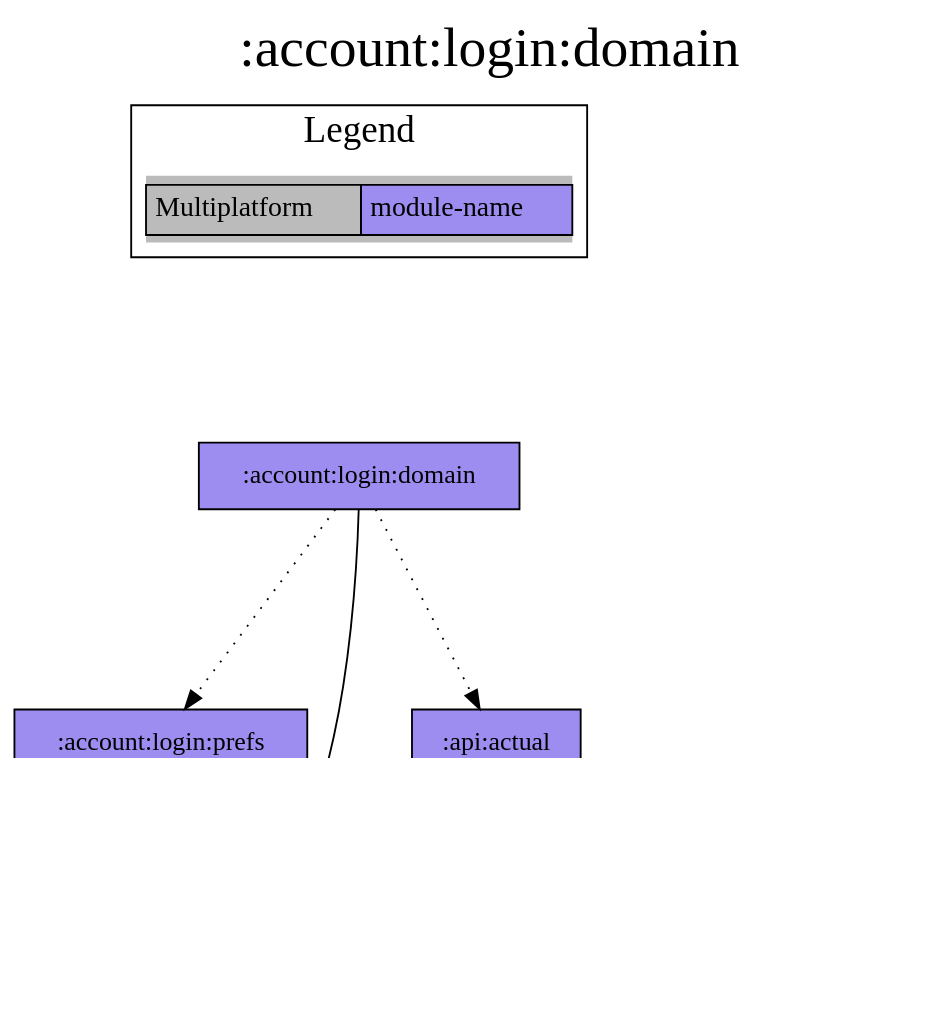
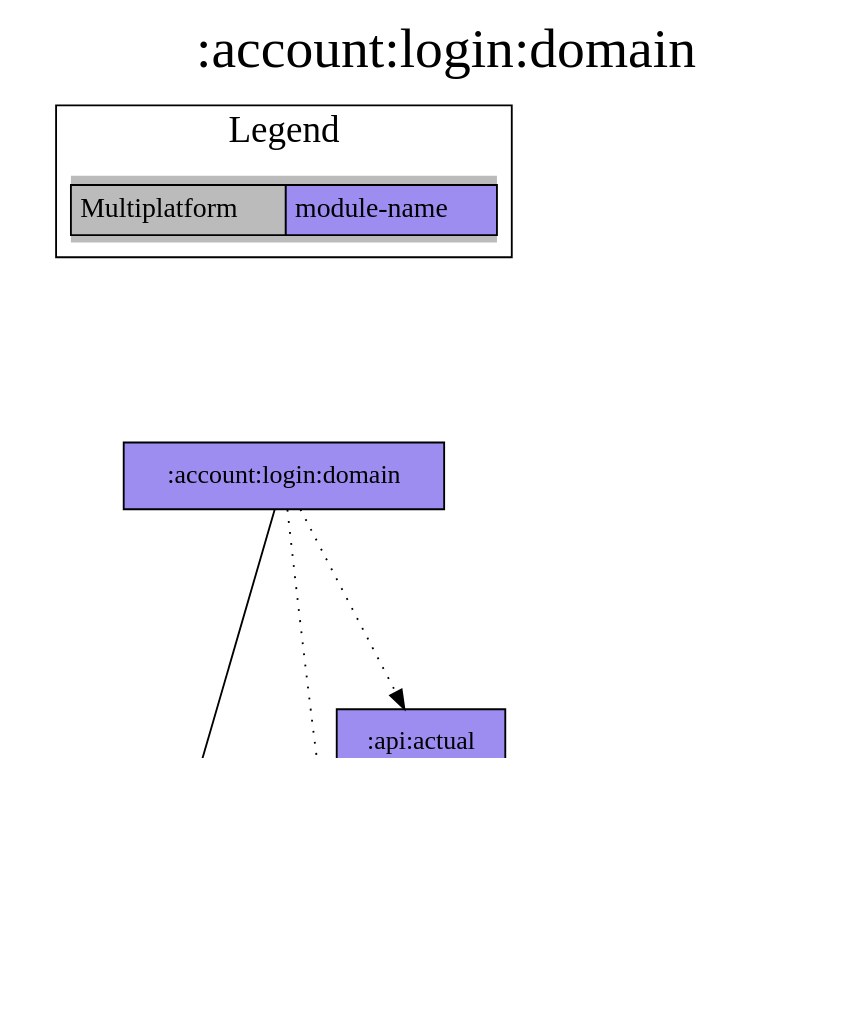
The diagram in modules/account/login/domain/project-dependency-graph.dot (jonapoul/aktual), drawn with Graphviz before and after one commit. The commit also changed 61 other files, not shown here.

```diff
--- a/modules/account/login/domain/project-dependency-graph.dot
+++ b/modules/account/login/domain/project-dependency-graph.dot
@@ -1,33 +1,31 @@
 digraph {
 edge ["dir"="forward"]
 graph ["dpi"="100","label"=":account:login:domain","labelloc"="t","fontsize"="30","ranksep"="1.5","rankdir"="TB"]
 node ["style"="filled"]
 ":account:login:domain" ["fillcolor"="#9D8DF1","shape"="box"]
-":account:login:prefs" ["fillcolor"="#9D8DF1","shape"="box"]
 ":account:model" ["fillcolor"="#9D8DF1","shape"="box"]
 ":api:actual" ["fillcolor"="#9D8DF1","shape"="box"]
 ":api:core" ["fillcolor"="#9D8DF1","shape"="box"]
 ":budget:model" ["fillcolor"="#9D8DF1","shape"="box"]
 ":url:model" ["fillcolor"="#9D8DF1","shape"="box"]
 {
 edge ["dir"="none"]
 graph ["rank"="same"]
 }
-":account:login:domain" -> ":account:login:prefs" ["style"="dotted"]
 ":account:login:domain" -> ":account:model"
 ":account:login:domain" -> ":api:actual" ["style"="dotted"]
-":account:login:prefs" -> ":account:model"
+":account:login:domain" -> ":api:core" ["style"="dotted"]
 ":api:actual" -> ":account:model"
-":api:actual" -> ":api:core"
+":api:actual" -> ":api:core" ["style"="dotted"]
 ":api:actual" -> ":budget:model"
 ":api:actual" -> ":url:model"
 subgraph "cluster_legend" {
 edge ["dir"="none"]
 graph ["label"="Legend","fontsize"="20"]
 "Legend" ["style"="filled","fillcolor"="#bbbbbb","shape"="none","margin"="0","fontsize"="15","label"=<
 <TABLE BORDER="0" CELLBORDER="1" CELLSPACING="0" CELLPADDING="4">
 <TR><TD>Multiplatform</TD><TD BGCOLOR="#9D8DF1">module-name</TD></TR>
 </TABLE>
 >]
 } -> ":account:login:domain" ["style"="invis"]
 }
```
